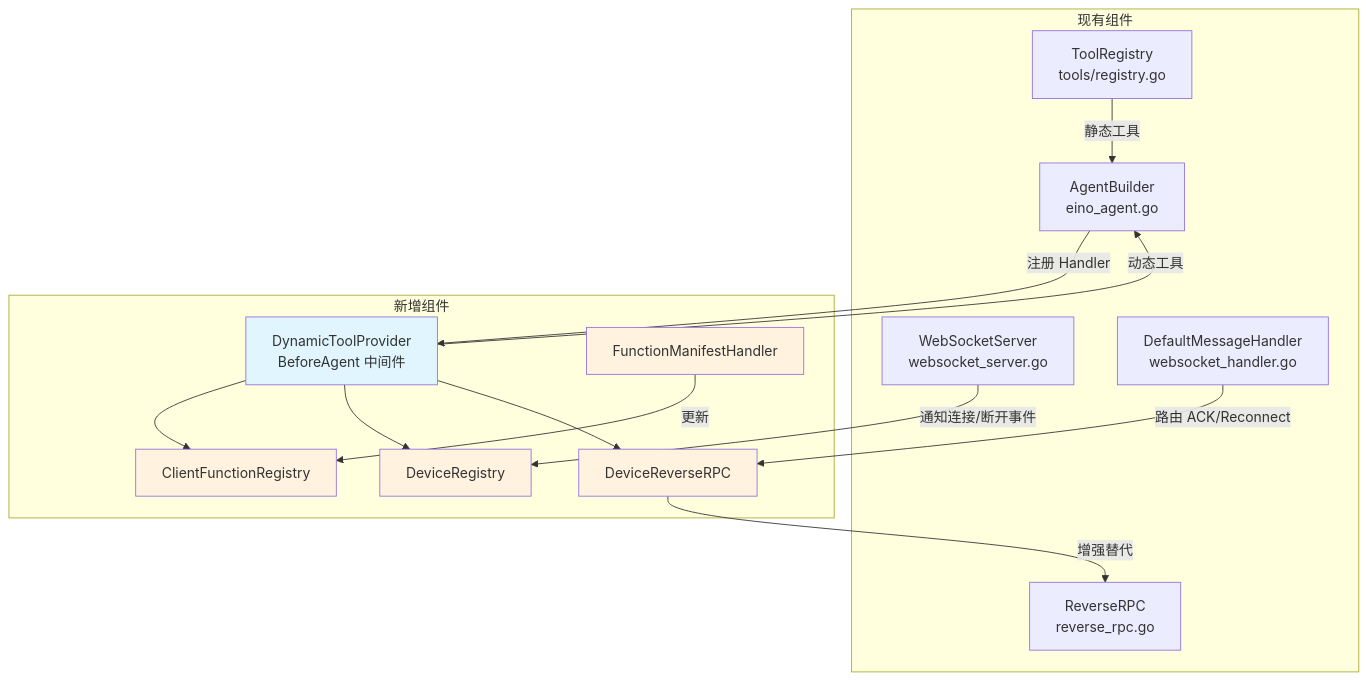
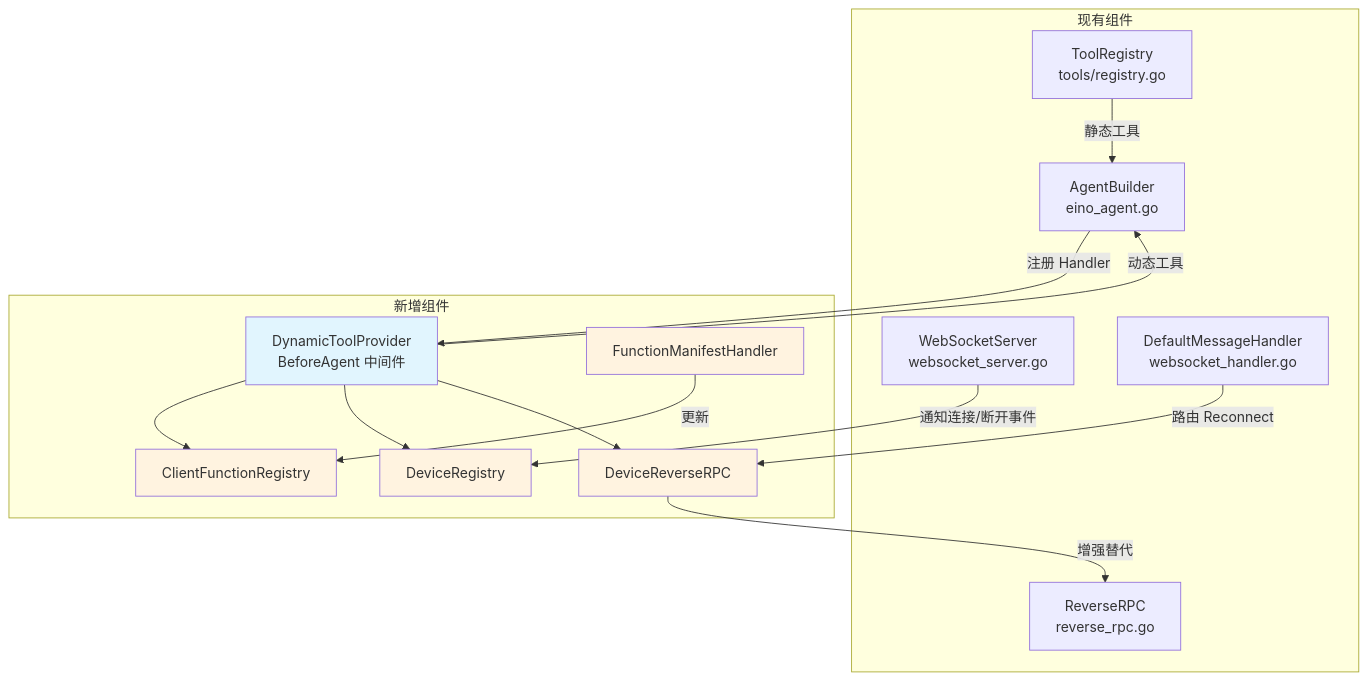
Before and after one commit to PineappleBond/xyncra-server: diagram 15 of 20 in docs/DESIGN_CLIENT_FUNCTION_AGENT_TOOLS.md, drawn with Mermaid. The commit also changed other lines of this file, not shown here.

First line of the commit message:
docs: remove ACK mechanism, add (userID,deviceID) connection constraint

````diff
--- a/docs/DESIGN_CLIENT_FUNCTION_AGENT_TOOLS.md
+++ b/docs/DESIGN_CLIENT_FUNCTION_AGENT_TOOLS.md
@@ -623,35 +615,35 @@
 ```mermaid
 graph TB
     subgraph "现有组件"
         AB[AgentBuilder<br/>eino_agent.go]
         TR[ToolRegistry<br/>tools/registry.go]
         RR[ReverseRPC<br/>reverse_rpc.go]
         WS[WebSocketServer<br/>websocket_server.go]
         DMH[DefaultMessageHandler<br/>websocket_handler.go]
     end
 
     subgraph "新增组件"
         DTP[DynamicToolProvider<br/>BeforeAgent 中间件]
         DR[DeviceRegistry]
         CFR[ClientFunctionRegistry]
         DRPC[DeviceReverseRPC]
         FMH[FunctionManifestHandler]
     end
 
     AB -->|"注册 Handler"| DTP
     TR -->|"静态工具"| AB
     DTP -->|"动态工具"| AB
     DTP --> CFR
     DTP --> DR
     DTP --> DRPC
     DRPC -->|"增强替代"| RR
     FMH -->|"更新"| CFR
     WS -->|"通知连接/断开事件"| DR
-    DMH -->|"路由 ACK/Reconnect"| DRPC
+    DMH -->|"路由 Reconnect"| DRPC
 
     style DTP fill:#e1f5fe
     style DR fill:#fff3e0
     style CFR fill:#fff3e0
     style DRPC fill:#fff3e0
     style FMH fill:#fff3e0
 ```
````
